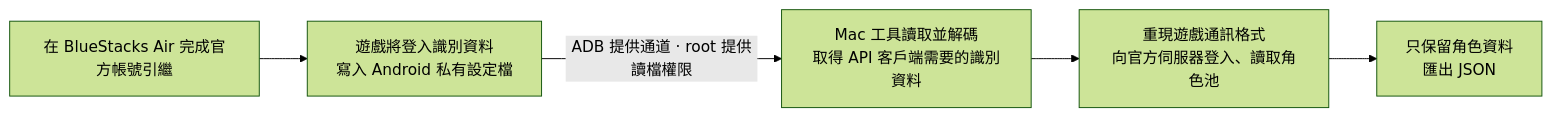
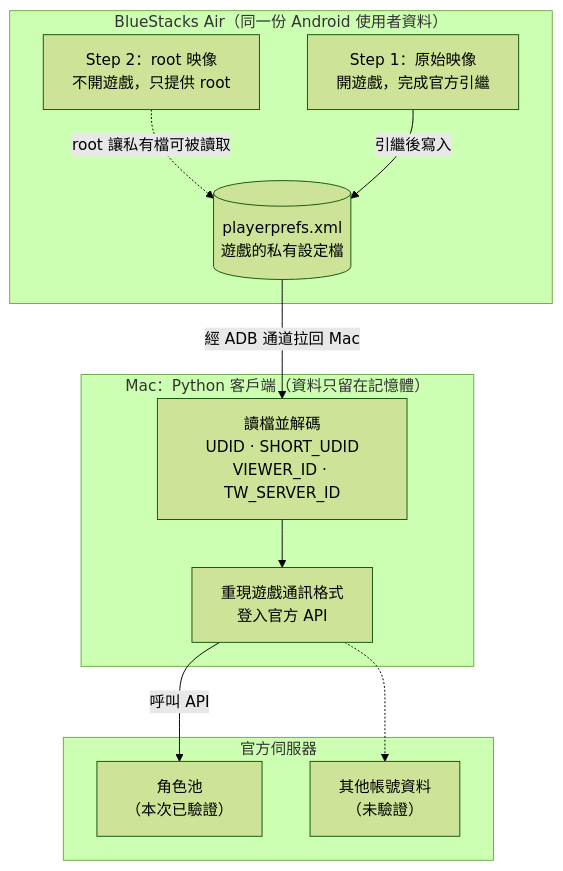
The first of 2 diagrams in README.md (WilliamCHIU-ETH/pcr-tw-mac-login), drawn with Mermaid (forest theme) before and after one commit. The commit also changed other lines of this file and 7 other files, not shown here.

````diff
--- a/README.md
+++ b/README.md
@@ -39,13 +29,22 @@
 ```mermaid
-flowchart LR
-    A["在 BlueStacks Air 完成官方帳號引繼"]
-    B["遊戲將登入識別資料<br/>寫入 Android 私有設定檔"]
-    C["Mac 工具讀取並解碼<br/>取得 API 客戶端需要的識別資料"]
-    D["重現遊戲通訊格式<br/>向官方伺服器登入、讀取角色池"]
-    E["只保留角色資料<br/>匯出 JSON"]
-
-    A --> B
-    B -->|"ADB 提供通道 · root 提供讀檔權限"| C
-    C --> D
-    D --> E
+flowchart TB
+    subgraph AIR["BlueStacks Air（同一份 Android 使用者資料）"]
+        B["Step 2：root 映像<br/>不開遊戲，只提供 root"]
+        A["Step 1：原始映像<br/>開遊戲，完成官方引繼"]
+        P[("playerprefs.xml<br/>遊戲的私有設定檔")]
+        B -.->|"root 讓私有檔可被讀取"| P
+        A -->|"引繼後寫入"| P
+    end
+    subgraph MAC["Mac：Python 客戶端（資料只留在記憶體）"]
+        D["讀檔並解碼<br/>UDID · SHORT_UDID<br/>VIEWER_ID · TW_SERVER_ID"]
+        C["重現遊戲通訊格式<br/>登入官方 API"]
+        D --> C
+    end
+    subgraph SRV["官方伺服器"]
+        F["角色池<br/>（本次已驗證）"]
+        G["其他帳號資料<br/>（未驗證）"]
+    end
+    P -->|"經 ADB 通道拉回 Mac"| D
+    C -->|"呼叫 API"| F
+    C -.-> G
 ```
````
